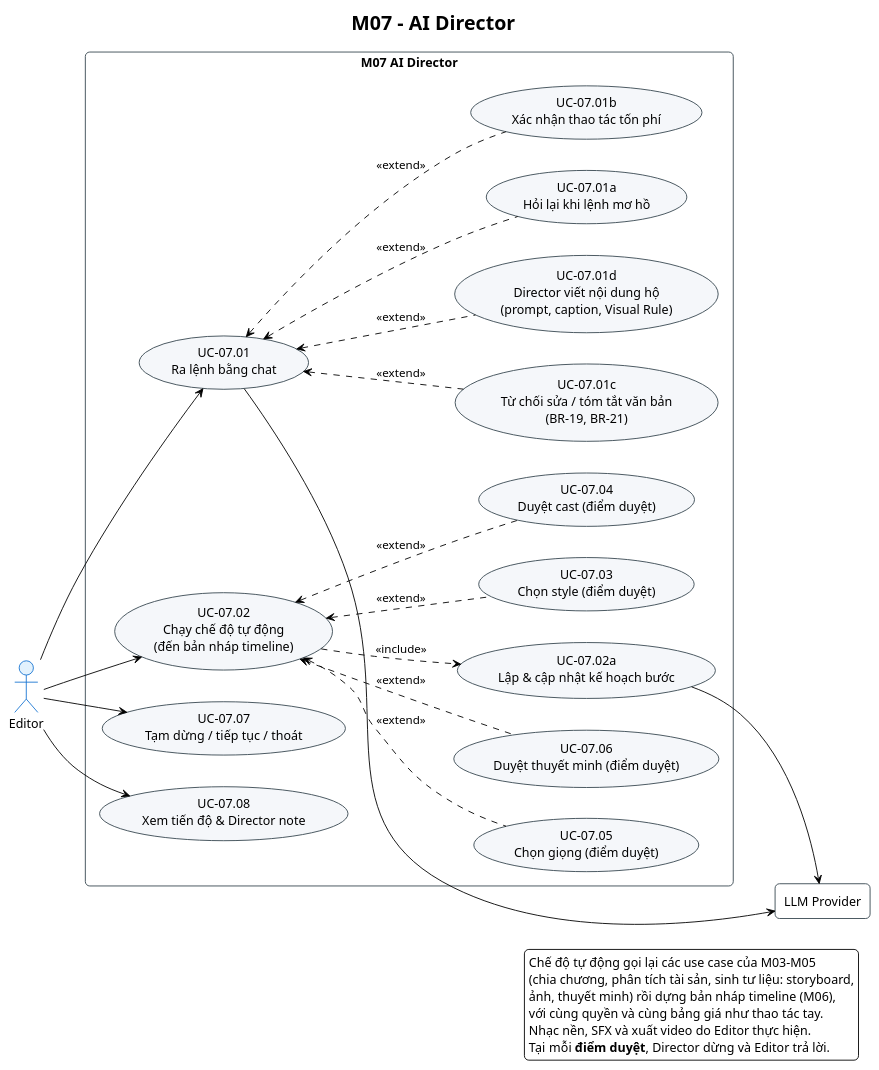
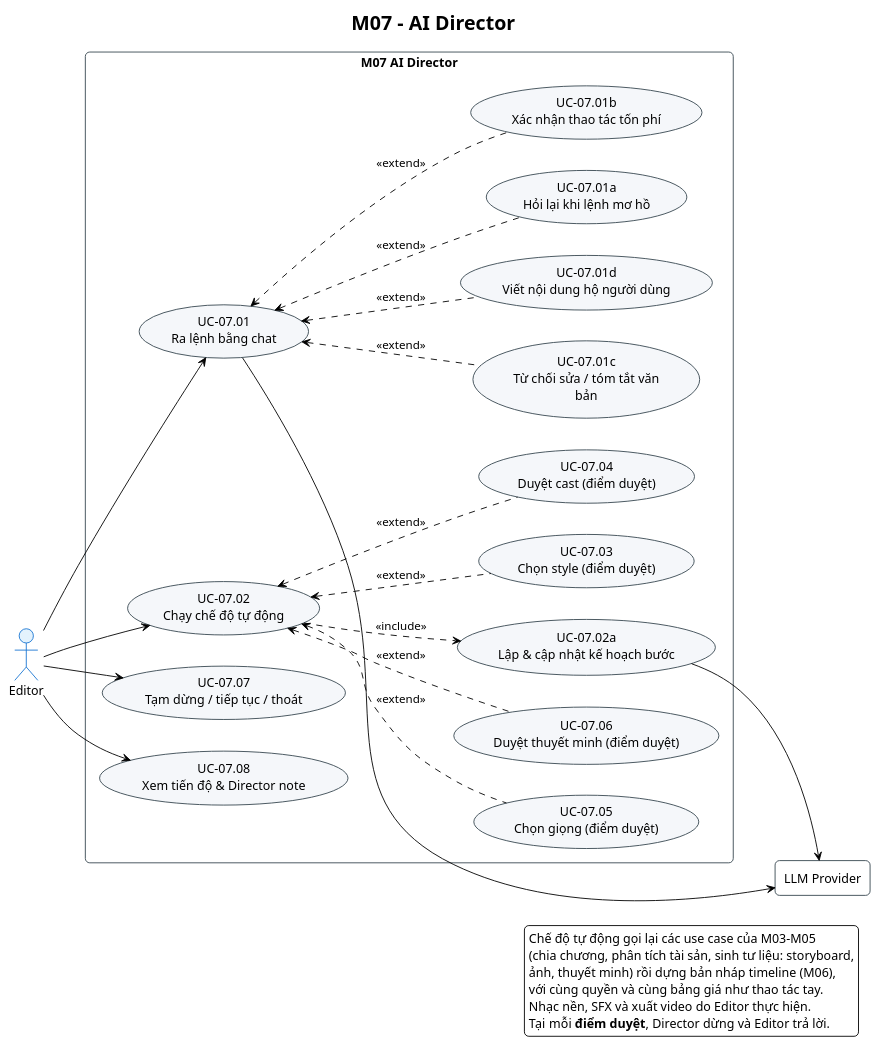
Before and after one commit to 202416852-anhpv/story2video-docs: the diagram in demo-c2story/so-do/01-use-case/phan-ra/uc-m07-ai-director.puml, drawn with PlantUML. The commit also changed 25 other files, not shown here.

```diff
--- a/demo-c2story/so-do/01-use-case/phan-ra/uc-m07-ai-director.puml
+++ b/demo-c2story/so-do/01-use-case/phan-ra/uc-m07-ai-director.puml
@@ -1,62 +1,62 @@
 @startuml UC_M07_Director
 !theme plain
 skinparam defaultFontName "Segoe UI"
 skinparam roundCorner 10
 skinparam actor {
     BackgroundColor #E3F2FD
     BorderColor #1976D2
 }
 skinparam usecase {
     BackgroundColor #F5F7FA
     BorderColor #37474F
 }
 skinparam rectangle {
     BorderColor #37474F
 }
 left to right direction
 title M07 - AI Director
 
 actor "Editor" as Editor
 
 rectangle "M07 AI Director" {
     usecase "UC-07.01\nRa lệnh bằng chat" as UC1
     usecase "UC-07.01a\nHỏi lại khi lệnh mơ hồ" as UC1a
     usecase "UC-07.01b\nXác nhận thao tác tốn phí" as UC1b
-    usecase "UC-07.01c\nTừ chối sửa / tóm tắt văn bản\n(BR-19, BR-21)" as UC1c
-    usecase "UC-07.01d\nDirector viết nội dung hộ\n(prompt, caption, Visual Rule)" as UC1d
-    usecase "UC-07.02\nChạy chế độ tự động\n(đến bản nháp timeline)" as UC2
+    usecase "UC-07.01c\nTừ chối sửa / tóm tắt văn\nbản" as UC1c
+    usecase "UC-07.01d\nViết nội dung hộ người dùng" as UC1d
+    usecase "UC-07.02\nChạy chế độ tự động" as UC2
     usecase "UC-07.02a\nLập & cập nhật kế hoạch bước" as UC2a
     usecase "UC-07.03\nChọn style (điểm duyệt)" as UC3
     usecase "UC-07.04\nDuyệt cast (điểm duyệt)" as UC4
     usecase "UC-07.05\nChọn giọng (điểm duyệt)" as UC5
     usecase "UC-07.06\nDuyệt thuyết minh (điểm duyệt)" as UC6
     usecase "UC-07.07\nTạm dừng / tiếp tục / thoát" as UC7
     usecase "UC-07.08\nXem tiến độ & Director note" as UC8
 }
 rectangle "LLM Provider" as LLM
 
 Editor --> UC1
 Editor --> UC2
 Editor --> UC7
 Editor --> UC8
 UC1 <.. UC1a : <<extend>>
 UC1 <.. UC1b : <<extend>>
 UC1 <.. UC1c : <<extend>>
 UC1 <.. UC1d : <<extend>>
 UC2 ..> UC2a : <<include>>
 UC2 <.. UC3 : <<extend>>
 UC2 <.. UC4 : <<extend>>
 UC2 <.. UC5 : <<extend>>
 UC2 <.. UC6 : <<extend>>
 UC1 --> LLM
 UC2a --> LLM
 
 legend right
   Chế độ tự động gọi lại các use case của M03–M05
   (chia chương, phân tích tài sản, sinh tư liệu: storyboard,
   ảnh, thuyết minh) rồi dựng bản nháp timeline (M06),
   với cùng quyền và cùng bảng giá như thao tác tay.
   Nhạc nền, SFX và xuất video do Editor thực hiện.
   Tại mỗi **điểm duyệt**, Director dừng và Editor trả lời.
 endlegend
 @enduml
```
